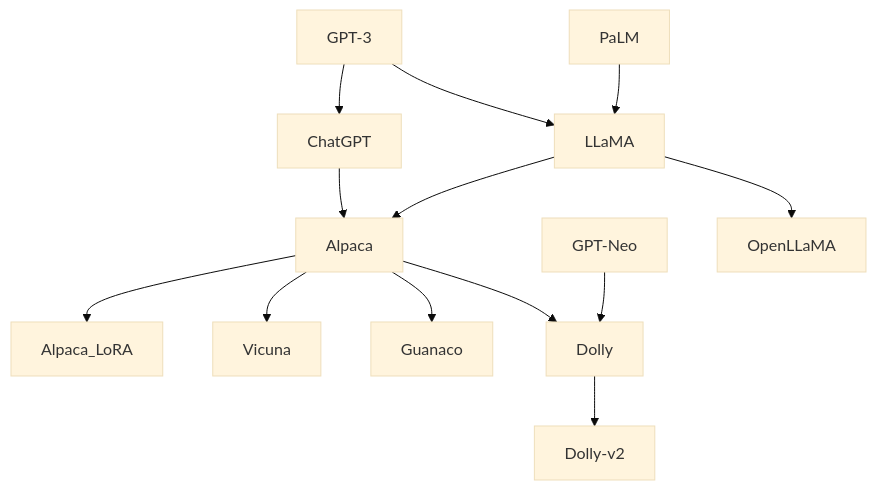
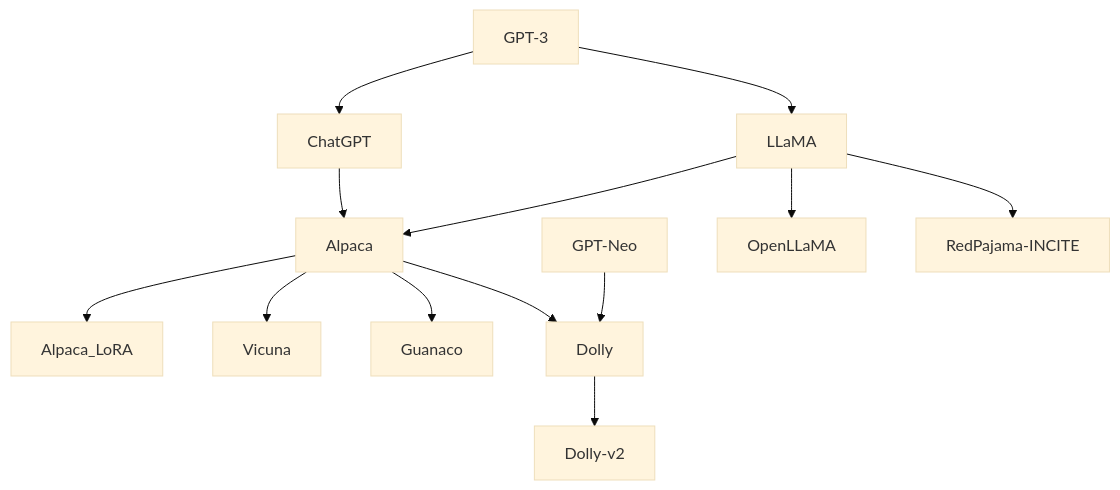
One commit to ted-sharp/chatvox changed diagram 13 of 14 in doc/llm.md. Above: the diagram before and after it, drawn with Mermaid (base theme). The commit also changed other lines of this file, not shown here.

````diff
--- a/doc/llm.md
+++ b/doc/llm.md
@@ -469,15 +515,15 @@
 ```mermaid
 flowchart
 
 GPT-3  --> LLaMA
-PaLM --> LLaMA
 GPT-3 --> ChatGPT --> Alpaca
 LLaMA --> Alpaca
 Alpaca --> Alpaca_LoRA
 Alpaca --> Vicuna
 Alpaca --> Guanaco
 Alpaca --> Dolly
 GPT-Neo --> Dolly --> Dolly-v2
 LLaMA --> OpenLLaMA
+LLaMA --> RedPajama-INCITE
 
 ```
````
